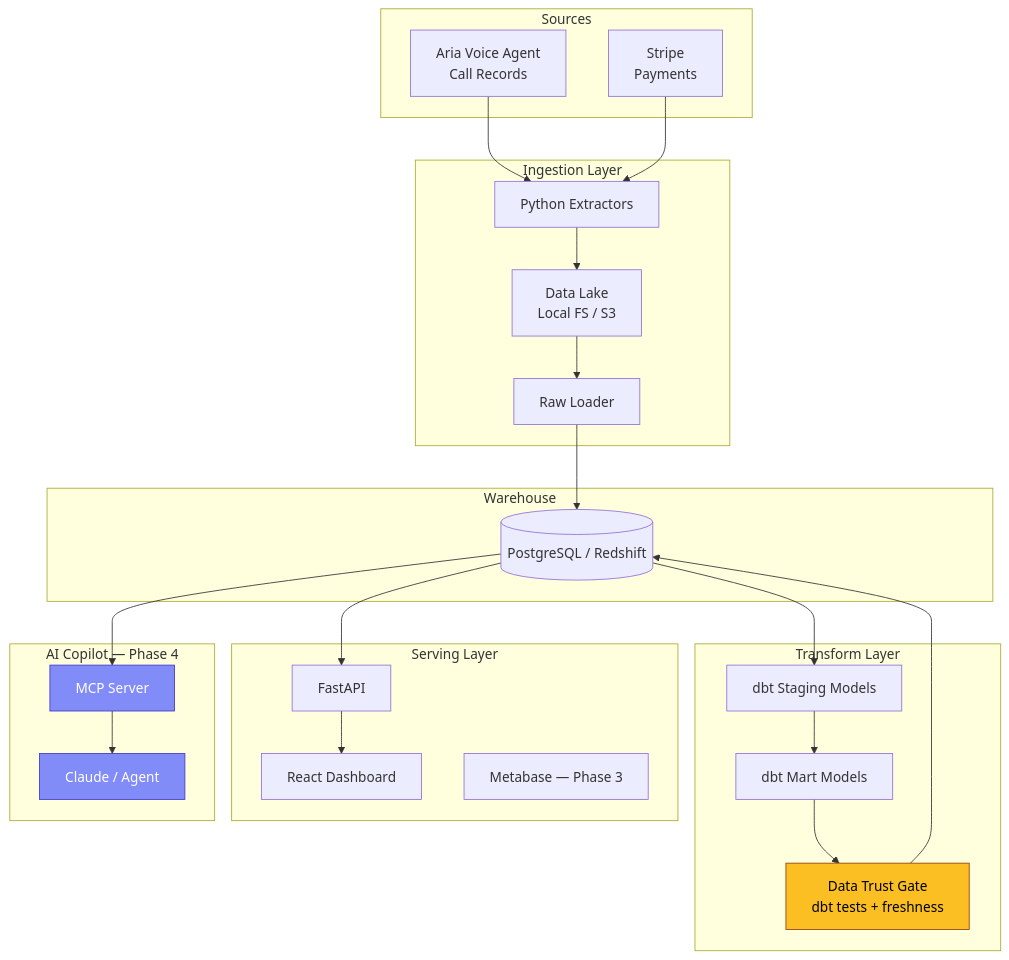
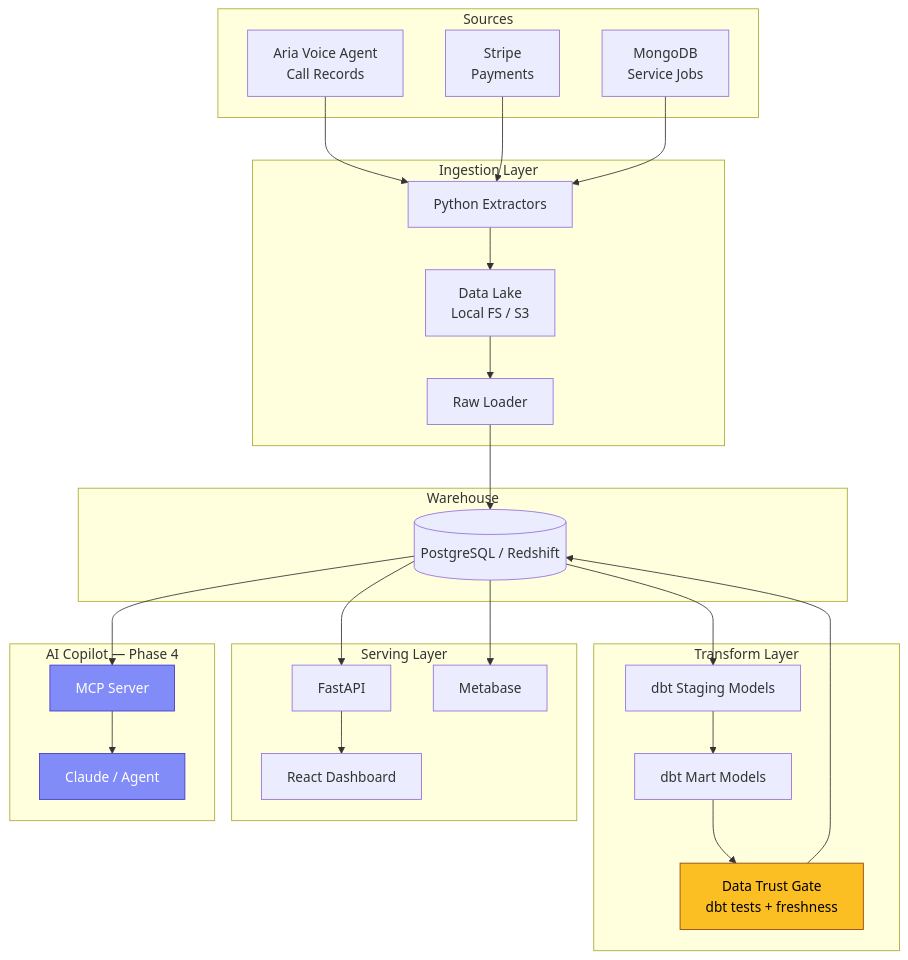
The first of 2 diagrams in README.md (andrewbolaji/reckon), drawn with Mermaid before and after one commit. The commit also changed other lines of this file and 2 other files, not shown here.

````diff
--- a/README.md
+++ b/README.md
@@ -11,52 +11,55 @@
 ```mermaid
 graph TB
     subgraph Sources
         A[Aria Voice Agent<br/>Call Records]
         B[Stripe<br/>Payments]
+        O[MongoDB<br/>Service Jobs]
     end
 
     subgraph "Ingestion Layer"
         C[Python Extractors]
         D[Data Lake<br/>Local FS / S3]
         E[Raw Loader]
     end
 
     subgraph "Transform Layer"
         F[dbt Staging Models]
         G[dbt Mart Models]
         H[Data Trust Gate<br/>dbt tests + freshness]
     end
 
     subgraph Warehouse
         I[(PostgreSQL / Redshift)]
     end
 
     subgraph "Serving Layer"
         J[FastAPI]
         K[React Dashboard]
-        L[Metabase — Phase 3]
+        L[Metabase]
     end
 
     subgraph "AI Copilot — Phase 4"
         M[MCP Server]
         N[Claude / Agent]
     end
 
     A --> C
     B --> C
+    O --> C
     C --> D
     D --> E
     E --> I
     I --> F
     F --> G
     G --> H
     H --> I
     I --> J
     J --> K
+    I --> L
     I --> M
     M --> N
 
     style H fill:#fbbf24,stroke:#92400e,color:#000
     style M fill:#818cf8,stroke:#4338ca,color:#fff
     style N fill:#818cf8,stroke:#4338ca,color:#fff
 ```
````
